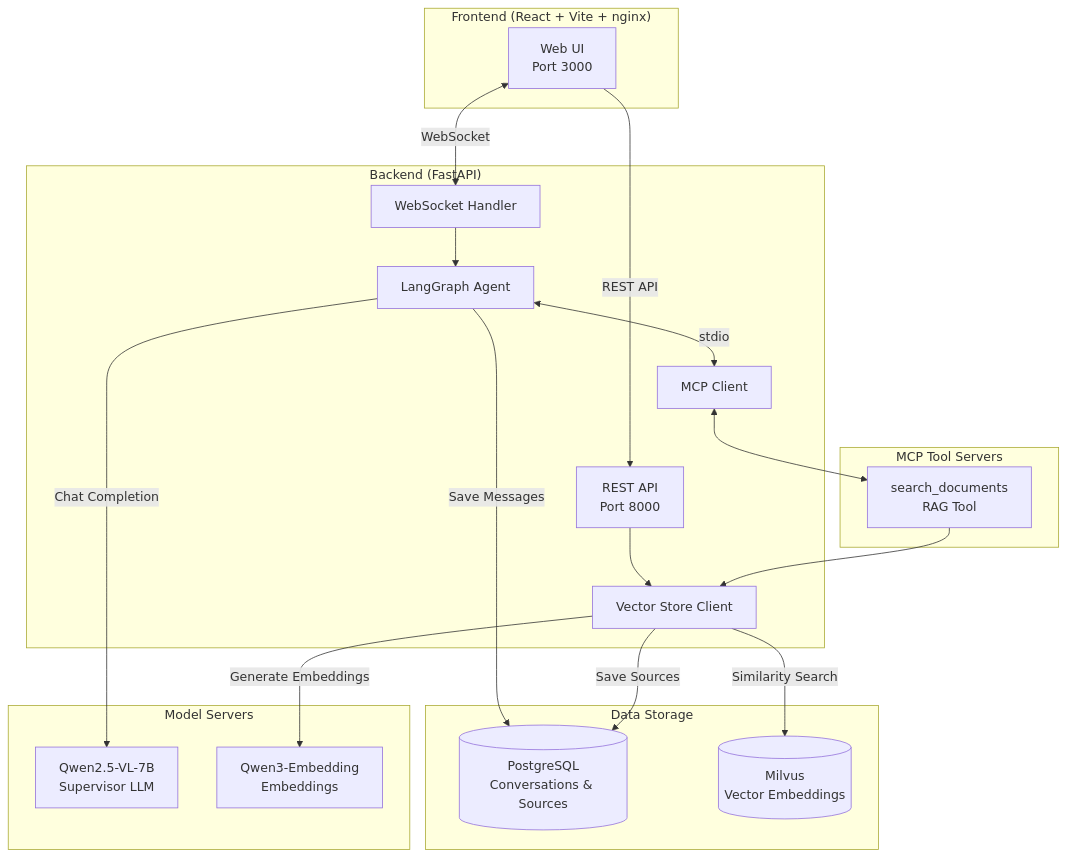
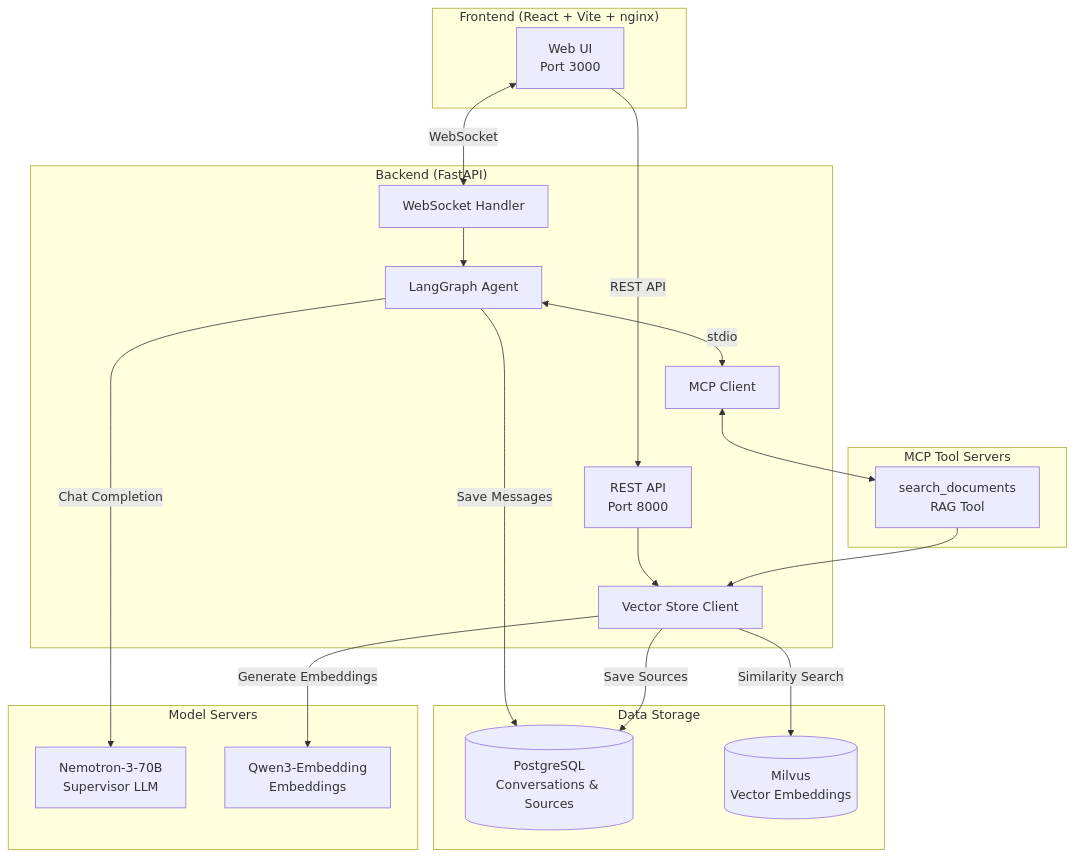
The first of 3 diagrams in README.md (devgig/rag-agent-chatbot), drawn with Mermaid before and after one commit. The commit also changed other lines of this file and 19 other files, not shown here.

First line of the commit message:
Replace Qwen2.5-VL-7B with Nemotron-3-70B-Instruct as supervisor LLM

````diff
--- a/README.md
+++ b/README.md
@@ -31,45 +31,45 @@
 ```mermaid
 flowchart TB
     subgraph Frontend["Frontend (React + Vite + nginx)"]
         UI[Web UI<br/>Port 3000]
     end
 
     subgraph Backend["Backend (FastAPI)"]
         API[REST API<br/>Port 8000]
         WSHandler[WebSocket Handler]
         Agent[LangGraph Agent]
         VectorStore[Vector Store Client]
         MCPClient[MCP Client]
     end
 
     subgraph MCPServers["MCP Tool Servers"]
         RAG[search_documents<br/>RAG Tool]
     end
 
     subgraph Storage["Data Storage"]
         Postgres[(PostgreSQL<br/>Conversations & Sources)]
         Milvus[(Milvus<br/>Vector Embeddings)]
     end
 
     subgraph Models["Model Servers"]
-        LLM[Qwen2.5-VL-7B<br/>Supervisor LLM]
+        LLM[Nemotron-3-70B<br/>Supervisor LLM]
         Embed[Qwen3-Embedding<br/>Embeddings]
     end
 
     UI -->|REST API| API
     UI <-->|WebSocket| WSHandler
 
     WSHandler --> Agent
     API --> VectorStore
 
     Agent <-->|stdio| MCPClient
     MCPClient <--> RAG
 
     Agent -->|Chat Completion| LLM
     RAG --> VectorStore
     VectorStore -->|Similarity Search| Milvus
     VectorStore -->|Generate Embeddings| Embed
 
     Agent -->|Save Messages| Postgres
     VectorStore -->|Save Sources| Postgres
 ```
````
